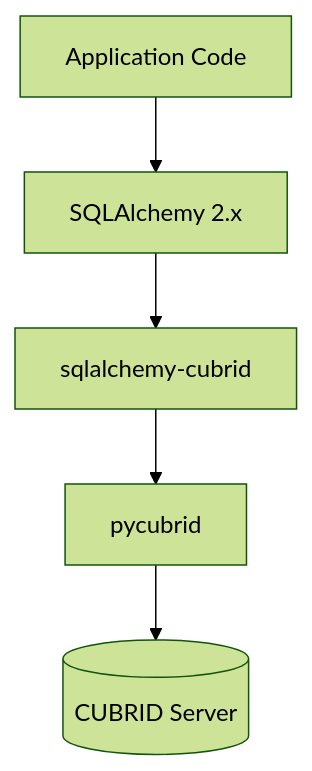
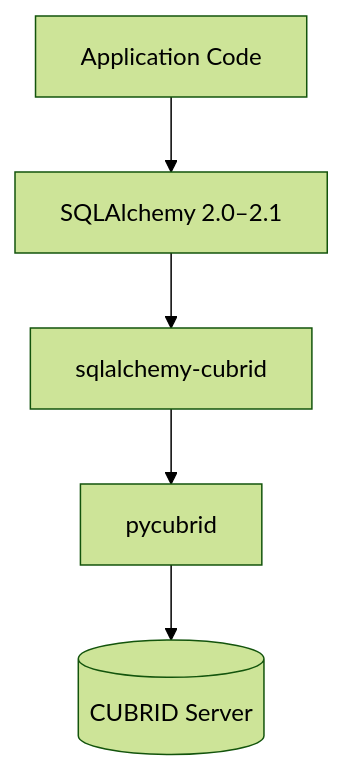
Before and after one commit to cubrid-labs/sqlalchemy-cubrid: the diagram in docs/QUICKSTART.md, drawn with Mermaid (forest theme). The commit also changed 23 other files, not shown here.

````diff
--- a/docs/QUICKSTART.md
+++ b/docs/QUICKSTART.md
@@ -49,7 +49,7 @@
 ```mermaid
 flowchart TD
-    app[Application Code] --> sa[SQLAlchemy 2.x]
+    app[Application Code] --> sa[SQLAlchemy 2.0–2.1]
     sa --> dialect[sqlalchemy-cubrid]
     dialect --> driver[pycubrid]
     driver --> db[(CUBRID Server)]
 ```
````
